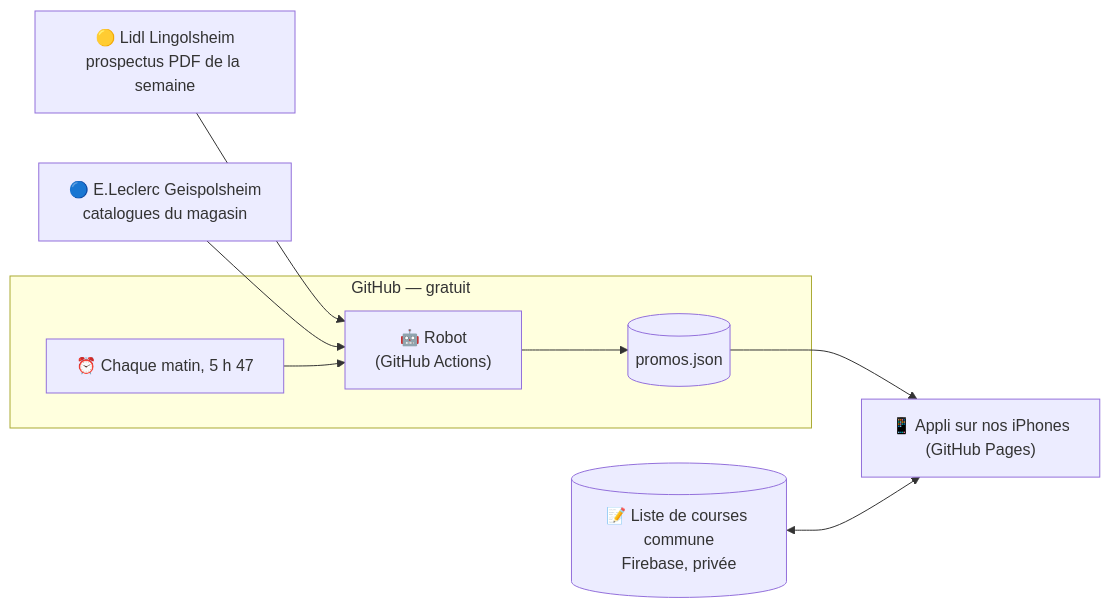
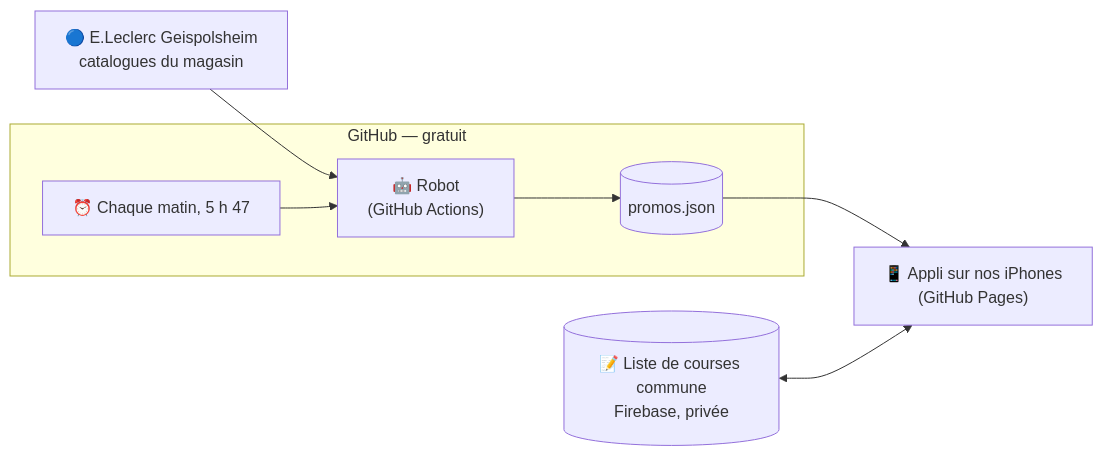
Before and after one commit to LASCAMPIA67/promos-courses: the diagram in README.md, drawn with Mermaid. The commit also changed other lines of this file and 51 other files, not shown here.

````diff
--- a/README.md
+++ b/README.md
@@ -57,11 +57,10 @@
 ```mermaid
 flowchart LR
-    L["🟡 Lidl Lingolsheim<br/>prospectus PDF de la semaine"] --> R
     E["🔵 E.Leclerc Geispolsheim<br/>catalogues du magasin"] --> R
     subgraph G["GitHub — gratuit"]
         H["⏰ Chaque matin, 5 h 47"] --> R["🤖 Robot<br/>(GitHub Actions)"]
         R --> J[("promos.json")]
     end
     J --> A["📱 Appli sur nos iPhones<br/>(GitHub Pages)"]
     C[("📝 Liste de courses commune<br/>Firebase, privée")] <--> A
 ```
````
